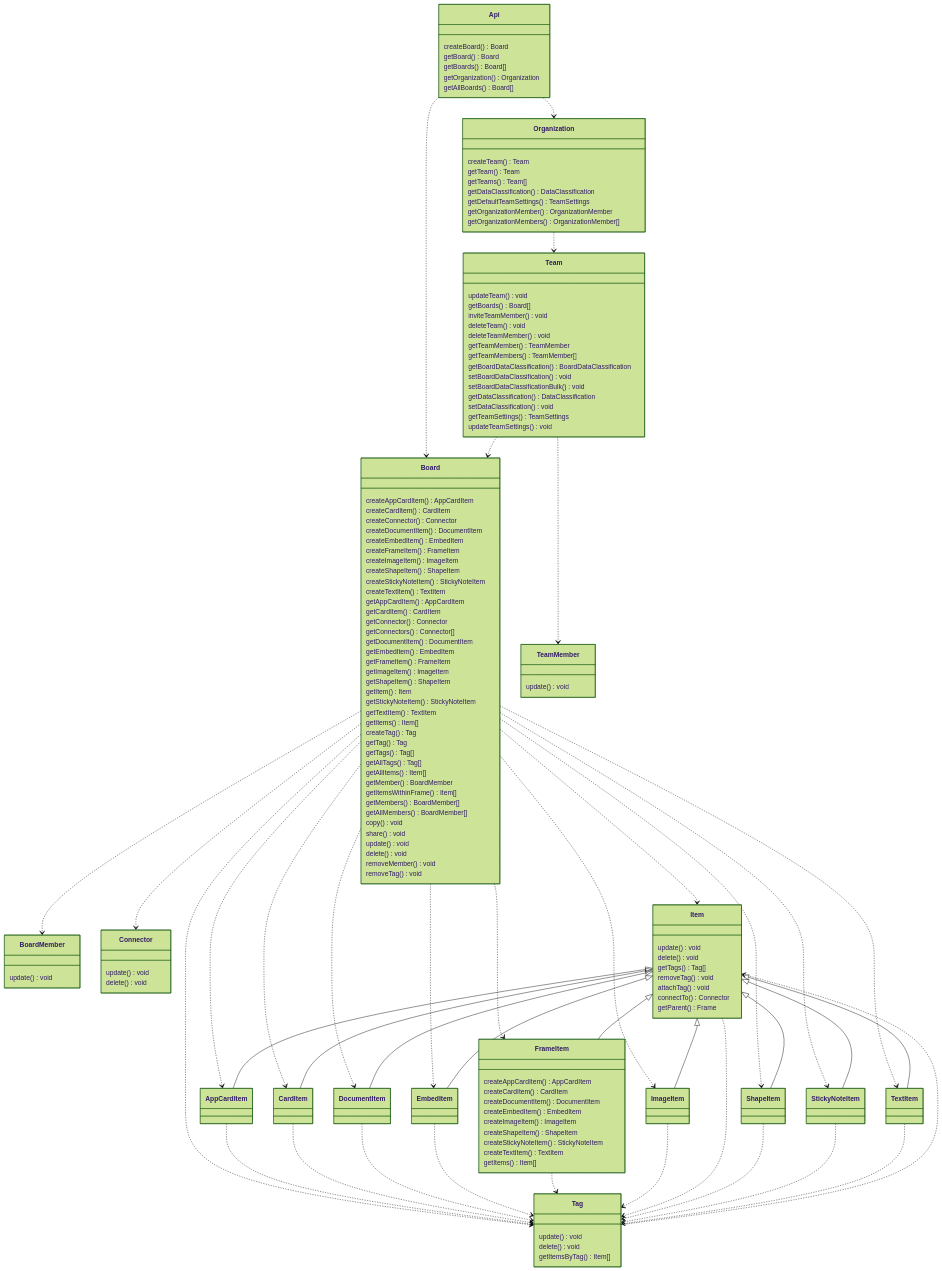
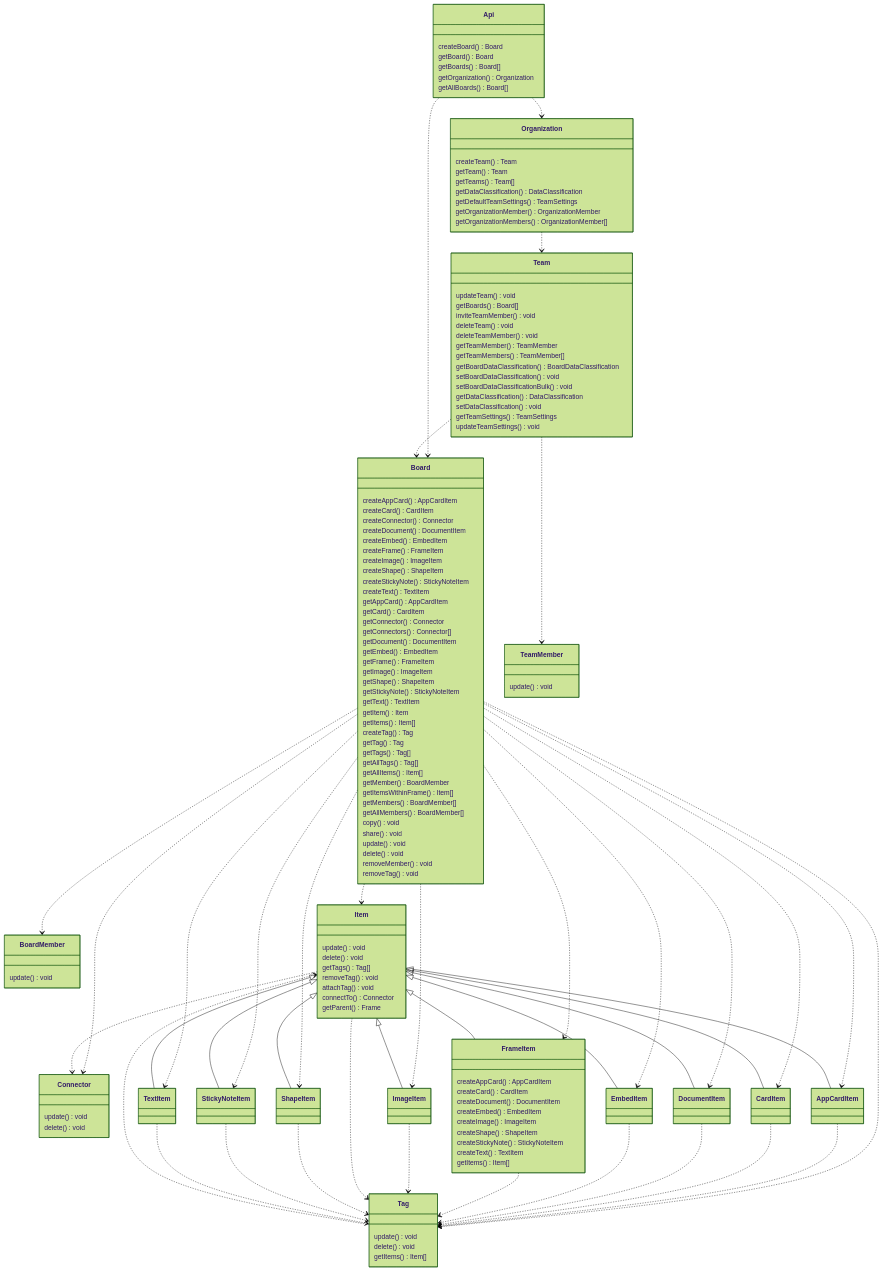
Before and after one commit to miroapp/api-clients: the diagram in MODELS.md, drawn with Mermaid (forest theme).

Commit message:
Remove extra Item suffix on methods

````diff
--- a/MODELS.md
+++ b/MODELS.md
@@ -25,6 +25,7 @@
   FrameItem ..> Tag
   ImageItem ..> Tag
   Item ..> Tag
+  Item ..> Connector
   ShapeItem ..> Tag
   StickyNoteItem ..> Tag
   Tag ..> Item
@@ -101,28 +102,28 @@
 
   %% MUST
   class Board {
-    createAppCardItem() AppCardItem
-    createCardItem() CardItem
+    createAppCard() AppCardItem
+    createCard() CardItem
     createConnector() Connector
-    createDocumentItem() DocumentItem
-    createEmbedItem() EmbedItem
-    createFrameItem() FrameItem
-    createImageItem() ImageItem
-    createShapeItem() ShapeItem
-    createStickyNoteItem() StickyNoteItem
-    createTextItem() TextItem
-    getAppCardItem() AppCardItem
-    getCardItem() CardItem
+    createDocument() DocumentItem
+    createEmbed() EmbedItem
+    createFrame() FrameItem
+    createImage() ImageItem
+    createShape() ShapeItem
+    createStickyNote() StickyNoteItem
+    createText() TextItem
+    getAppCard() AppCardItem
+    getCard() CardItem
     getConnector() Connector
     getConnectors() Connector[]
-    getDocumentItem() DocumentItem
-    getEmbedItem() EmbedItem
-    getFrameItem() FrameItem
-    getImageItem() ImageItem
-    getShapeItem() ShapeItem
+    getDocument() DocumentItem
+    getEmbed() EmbedItem
+    getFrame() FrameItem
+    getImage() ImageItem
+    getShape() ShapeItem
+    getStickyNote() StickyNoteItem
+    getText() TextItem
     getItem() Item
-    getStickyNoteItem() StickyNoteItem
-    getTextItem() TextItem
     getItems() Item[]
   }
 
@@ -187,14 +188,14 @@
 
   %% NICE
   class FrameItem {
-    createAppCardItem() AppCardItem
-    createCardItem() CardItem
-    createDocumentItem() DocumentItem
-    createEmbedItem() EmbedItem
-    createImageItem() ImageItem
-    createShapeItem() ShapeItem
-    createStickyNoteItem() StickyNoteItem
-    createTextItem() TextItem
+    createAppCard() AppCardItem
+    createCard() CardItem
+    createDocument() DocumentItem
+    createEmbed() EmbedItem
+    createImage() ImageItem
+    createShape() ShapeItem
+    createStickyNote() StickyNoteItem
+    createText() TextItem
 
     getItems() Item[]
   }
@@ -225,6 +226,6 @@
   class Tag {
     update() void
     delete() void
-    getItemsByTag() Item[]
+    getItems() Item[]
   }
 ```
````
